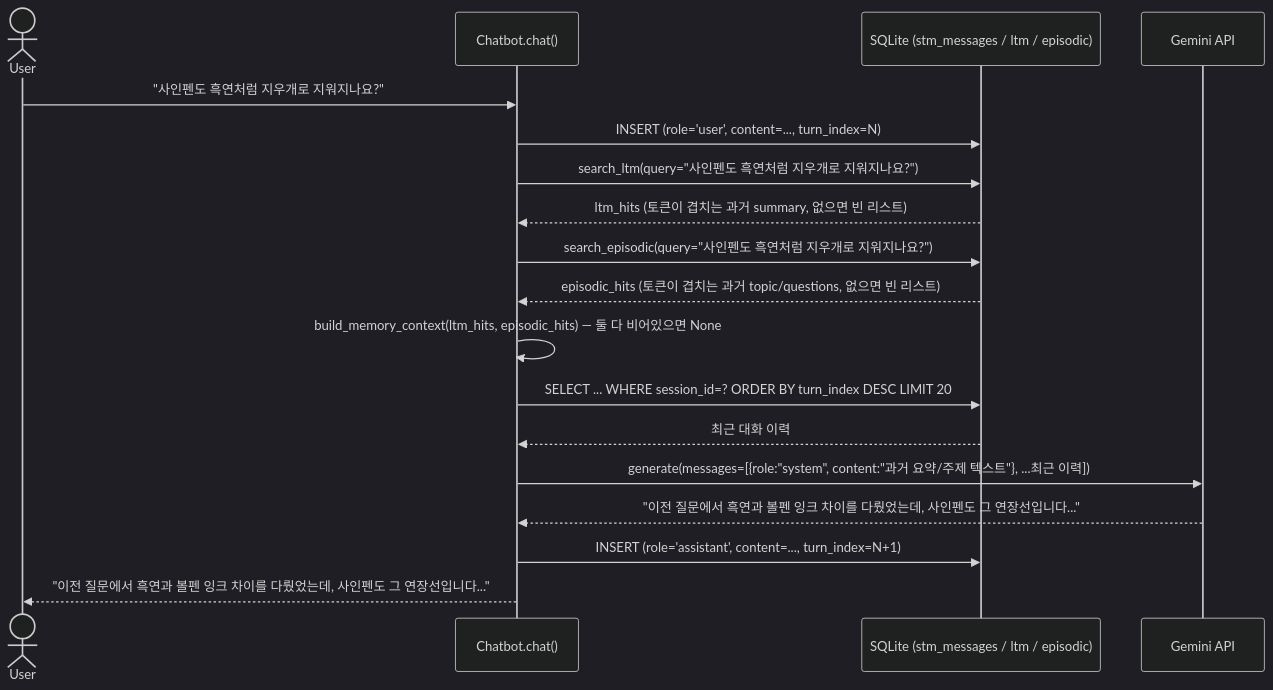
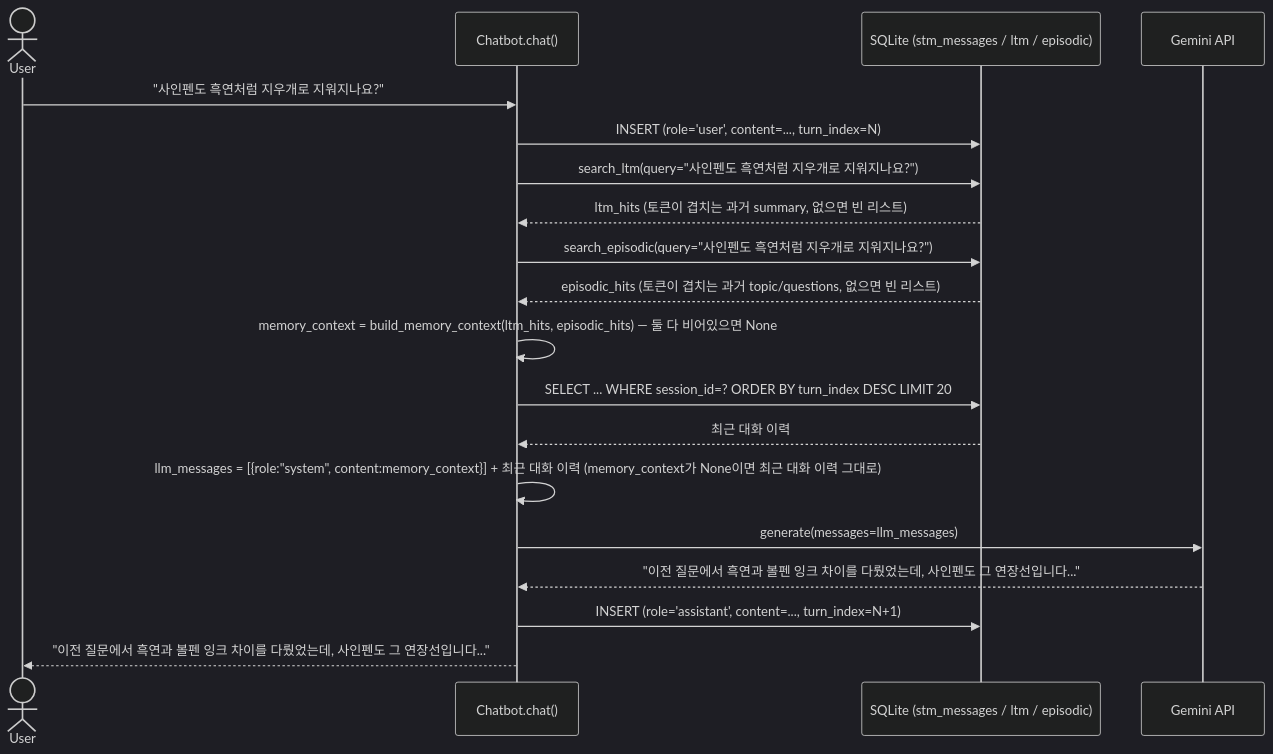
Before and after one commit to Kanmanemone/memory-augmented-learning-chatbot: the fourth of 4 diagrams in lossy_clone/ARCHITECTURE.md, drawn with Mermaid (dark theme). The commit also changed other lines of this file, not shown here.

Commit message:
docs(4-retrieval): 4단계 컨텍스트 주입/LTM·Episodic 구분 설명 보강
리뷰 중 나온 세 가지 독자 혼란을 lossy_clone/ARCHITECTURE.md 4단계 섹션에서
한 번에 정리한다.
- build_memory_context()의 반환값이 generate()로 이어지는 경로가 다이어그램에서
  끊겨 보이던 문제: llm_messages 조립을 별도 화살표로 명시하고 변수명을 코드와
  맞췄다.
- "system 메시지를 이력 앞에 붙여도 안전한 이유" 불릿이 2단계 ADR-009 설명을
  이미 읽었다는 전제로 짧게만 언급해 그 불릿만 보면 맥락이 끊기던 문제: 자체
  완결적으로 다시 풀어썼다.
- LTM과 Episodic을 굳이 둘 다 검색하는 이유가 불분명하던 문제: 한 세션에 여러
  주제가 섞이면 LTM 검색은 세션 전체 요약이 뭉쳐서 나오고 Episodic 검색은 주제
  단위로 정확히 걸러진다는 해상도 차이를, 실제로 실행해 확인한 예시로 추가했다.

2단계 섹션의 end_session() 반복 호출 관련 기존 설명에도, 세션이 다르면 STM이
안 섞인다는 문장을 덧붙였다.

````diff
--- a/lossy_clone/ARCHITECTURE.md
+++ b/lossy_clone/ARCHITECTURE.md
@@ -91,21 +91,22 @@
 ```mermaid
 sequenceDiagram
     actor User
     participant Bot as Chatbot.chat()
     participant DB as SQLite (stm_messages / ltm / episodic)
     participant Gemini as Gemini API
 
     User->>Bot: "사인펜도 흑연처럼 지우개로 지워지나요?"
     Bot->>DB: INSERT (role='user', content=..., turn_index=N)
     Bot->>DB: search_ltm(query="사인펜도 흑연처럼 지우개로 지워지나요?")
     DB-->>Bot: ltm_hits (토큰이 겹치는 과거 summary, 없으면 빈 리스트)
     Bot->>DB: search_episodic(query="사인펜도 흑연처럼 지우개로 지워지나요?")
     DB-->>Bot: episodic_hits (토큰이 겹치는 과거 topic/questions, 없으면 빈 리스트)
-    Bot->>Bot: build_memory_context(ltm_hits, episodic_hits) — 둘 다 비어있으면 None
+    Bot->>Bot: memory_context = build_memory_context(ltm_hits, episodic_hits) — 둘 다 비어있으면 None
     Bot->>DB: SELECT ... WHERE session_id=? ORDER BY turn_index DESC LIMIT 20
     DB-->>Bot: 최근 대화 이력
-    Bot->>Gemini: generate(messages=[{role:"system", content:"과거 요약/주제 텍스트"}, ...최근 이력])
+    Bot->>Bot: llm_messages = [{role:"system", content:memory_context}] + 최근 대화 이력 (memory_context가 None이면 최근 대화 이력 그대로)
+    Bot->>Gemini: generate(messages=llm_messages)
     Gemini-->>Bot: "이전 질문에서 흑연과 볼펜 잉크 차이를 다뤘었는데, 사인펜도 그 연장선입니다..."
     Bot->>DB: INSERT (role='assistant', content=..., turn_index=N+1)
     Bot-->>User: "이전 질문에서 흑연과 볼펜 잉크 차이를 다뤘었는데, 사인펜도 그 연장선입니다..."
 ```
````
